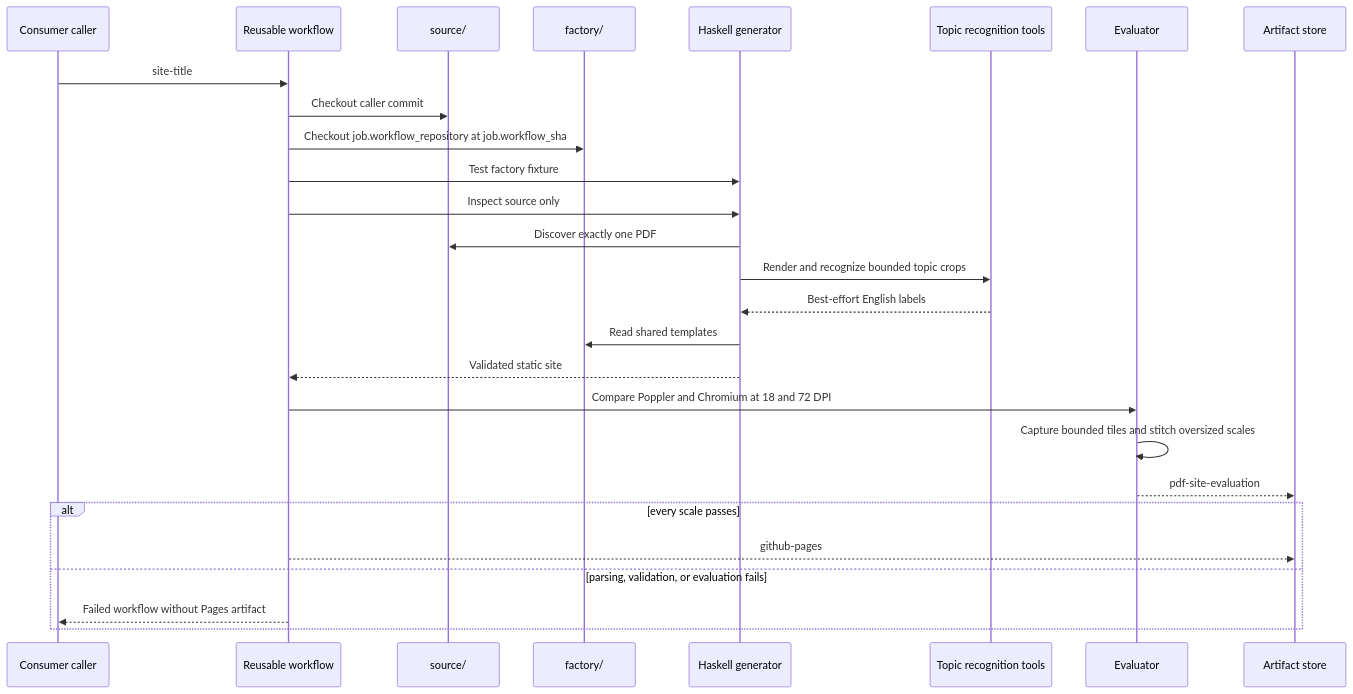
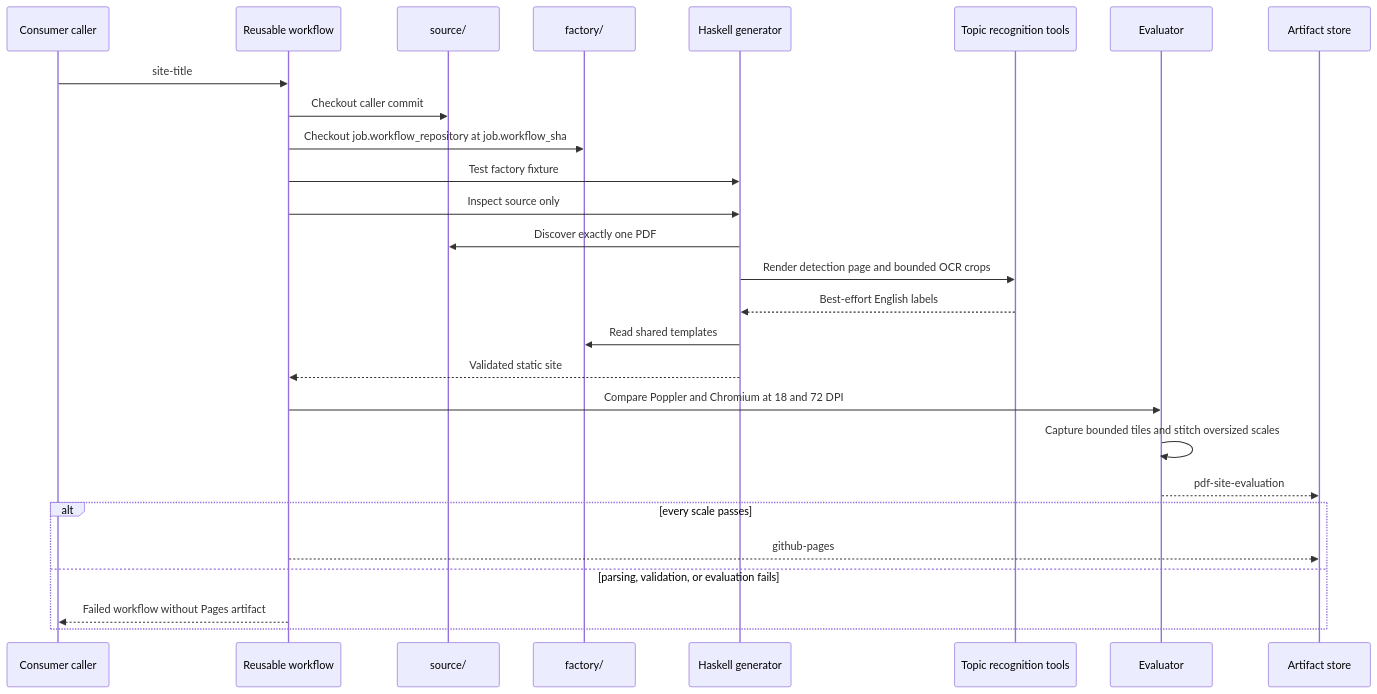
The second of 3 diagrams in docs/architecture.md (bajor/notes-website-factory), drawn with Mermaid before and after one commit. The commit also changed other lines of this file and 28 other files, not shown here.

````diff
--- a/docs/architecture.md
+++ b/docs/architecture.md
@@ -46,30 +46,30 @@
 ```mermaid
 sequenceDiagram
   participant C as Consumer caller
   participant W as Reusable workflow
   participant S as source/
   participant F as factory/
   participant G as Haskell generator
   participant O as Topic recognition tools
   participant E as Evaluator
   participant A as Artifact store
 
   C->>W: site-title
   W->>S: Checkout caller commit
   W->>F: Checkout job.workflow_repository at job.workflow_sha
   W->>G: Test factory fixture
   W->>G: Inspect source only
   G->>S: Discover exactly one PDF
-  G->>O: Render and recognize bounded topic crops
+  G->>O: Render detection page and bounded OCR crops
   O-->>G: Best-effort English labels
   G->>F: Read shared templates
   G-->>W: Validated static site
   W->>E: Compare Poppler and Chromium at 18 and 72 DPI
   E->>E: Capture bounded tiles and stitch oversized scales
   E-->>A: pdf-site-evaluation
   alt every scale passes
     W-->>A: github-pages
   else parsing, validation, or evaluation fails
     W-->>C: Failed workflow without Pages artifact
   end
 ```
````
